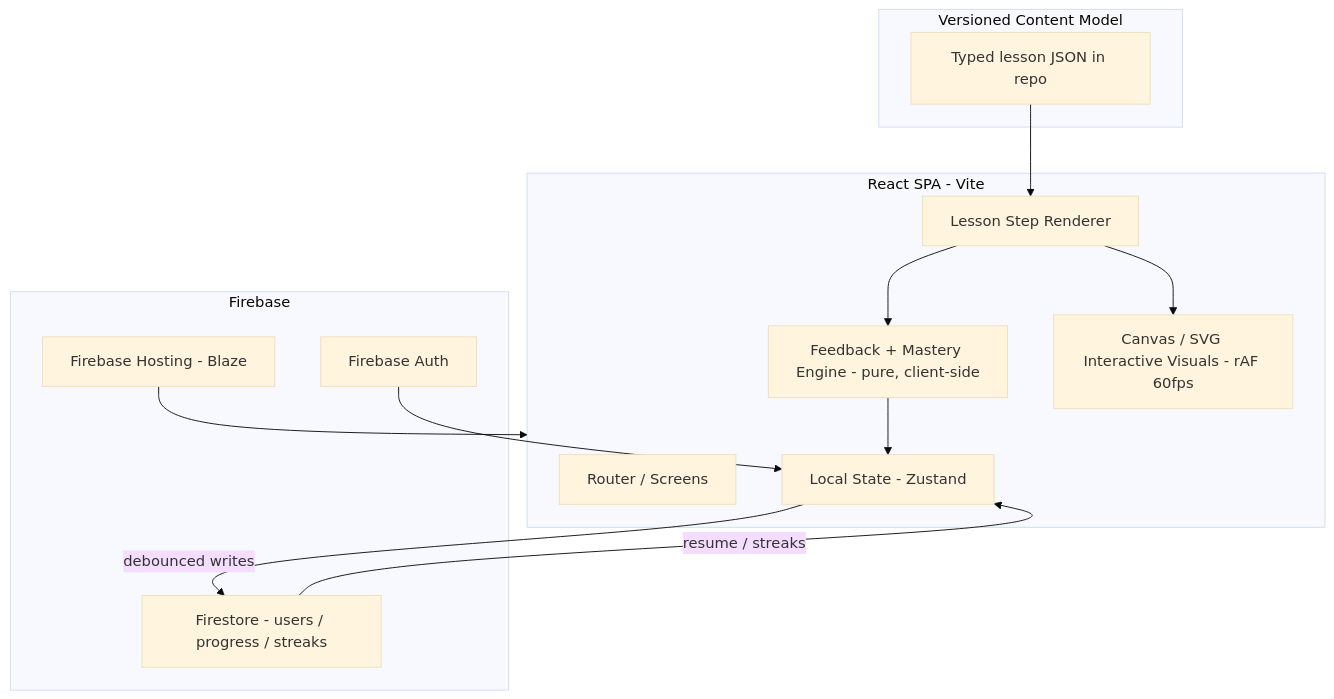
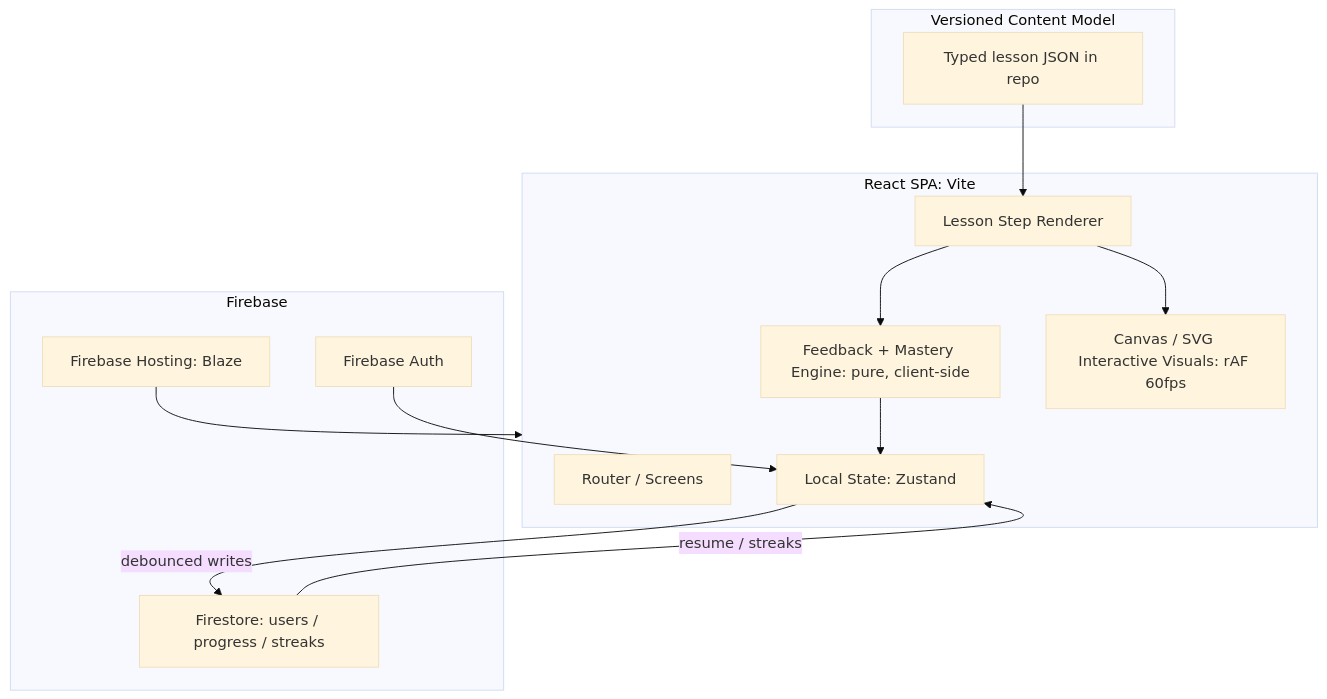
One commit to spinkicks/blazing-audio changed the diagram in docs/PRD.md. Above: the diagram before and after it, drawn with Mermaid (base theme). The commit also changed other lines of this file and 17 other files, not shown here.

````diff
--- a/docs/PRD.md
+++ b/docs/PRD.md
@@ -123,27 +123,27 @@
 ```mermaid
 flowchart TD
-  subgraph client [React SPA - Vite]
+  subgraph client [React SPA: Vite]
     Router[Router / Screens]
     Renderer[Lesson Step Renderer]
-    Engine[Feedback + Mastery Engine - pure, client-side]
-    Visuals[Canvas / SVG Interactive Visuals - rAF 60fps]
-    Store[Local State - Zustand]
+    Engine[Feedback + Mastery Engine: pure, client-side]
+    Visuals[Canvas / SVG Interactive Visuals: rAF 60fps]
+    Store[Local State: Zustand]
   end
   subgraph content [Versioned Content Model]
     Lessons[Typed lesson JSON in repo]
   end
   subgraph fb [Firebase]
     Auth[Firebase Auth]
-    FS[Firestore - users / progress / streaks]
-    Host[Firebase Hosting - Blaze]
+    FS[Firestore: users / progress / streaks]
+    Host[Firebase Hosting: Blaze]
   end
 
   Lessons --> Renderer
   Renderer --> Visuals
   Renderer --> Engine
   Engine --> Store
   Store -->|debounced writes| FS
   Auth --> Store
   FS -->|resume / streaks| Store
   Host --> client
 ```
````
